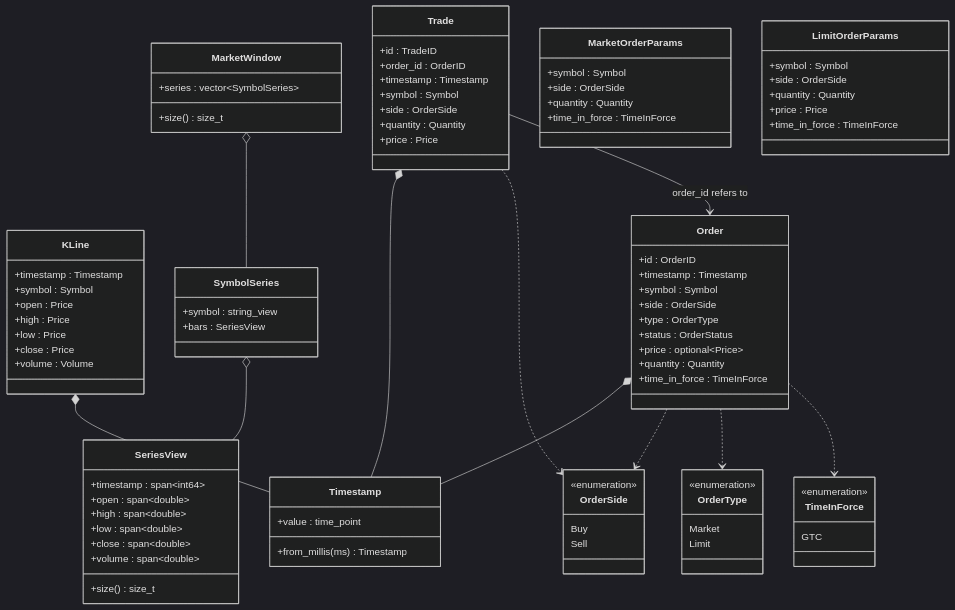
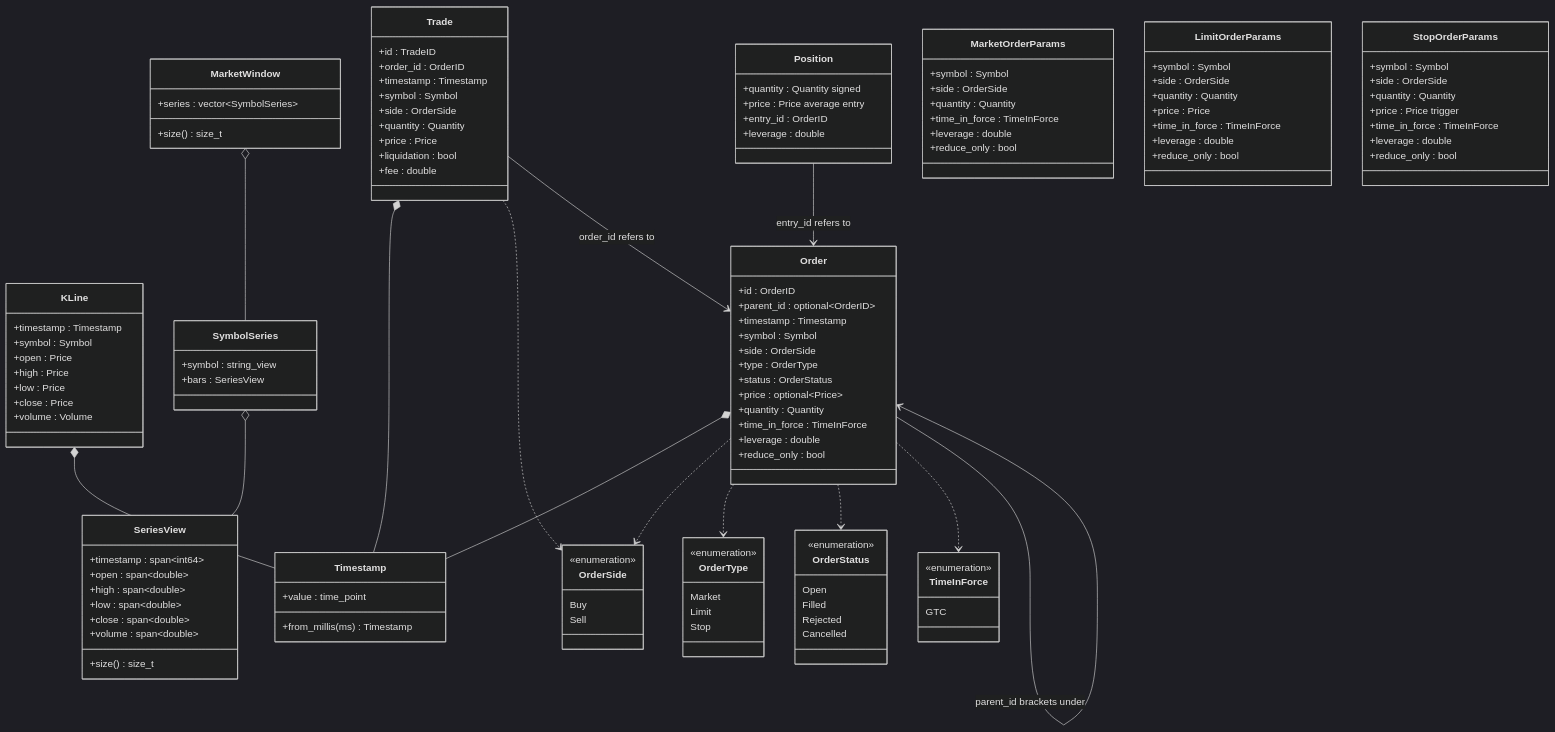
The second of 7 diagrams in docs/architecture.md (barberkman/stonks), drawn with Mermaid (dark theme) before and after one commit. The commit also changed other lines of this file and 7 other files, not shown here.

First line of the commit message:
Document fees, brackets, and stop orders; add EMA50 equity-sizing test and audit tool

````diff
--- a/docs/architecture.md
+++ b/docs/architecture.md
@@ -118,6 +124,7 @@
     SymbolSeries o-- SeriesView
     class Order {
         +id : OrderID
+        +parent_id : optional~OrderID~
         +timestamp : Timestamp
         +symbol : Symbol
         +side : OrderSide
@@ -126,6 +133,8 @@
         +price : optional~Price~
         +quantity : Quantity
         +time_in_force : TimeInForce
+        +leverage : double
+        +reduce_only : bool
     }
     class Trade {
         +id : TradeID
@@ -135,12 +144,22 @@
         +side : OrderSide
         +quantity : Quantity
         +price : Price
+        +liquidation : bool
+        +fee : double
+    }
+    class Position {
+        +quantity : Quantity signed
+        +price : Price average entry
+        +entry_id : OrderID
+        +leverage : double
     }
     class MarketOrderParams {
         +symbol : Symbol
         +side : OrderSide
         +quantity : Quantity
         +time_in_force : TimeInForce
+        +leverage : double
+        +reduce_only : bool
     }
     class LimitOrderParams {
         +symbol : Symbol
@@ -148,6 +167,17 @@
         +quantity : Quantity
         +price : Price
         +time_in_force : TimeInForce
+        +leverage : double
+        +reduce_only : bool
+    }
+    class StopOrderParams {
+        +symbol : Symbol
+        +side : OrderSide
+        +quantity : Quantity
+        +price : Price trigger
+        +time_in_force : TimeInForce
+        +leverage : double
+        +reduce_only : bool
     }
     class OrderSide {
         <<enumeration>>
@@ -158,6 +188,14 @@
         <<enumeration>>
         Market
         Limit
+        Stop
+    }
+    class OrderStatus {
+        <<enumeration>>
+        Open
+        Filled
+        Rejected
+        Cancelled
     }
     class TimeInForce {
         <<enumeration>>
@@ -169,7 +207,10 @@
     Trade *-- Timestamp
     Order ..> OrderSide
     Order ..> OrderType
+    Order ..> OrderStatus
     Order ..> TimeInForce
+    Order --> Order : parent_id brackets under
     Trade ..> OrderSide
     Trade --> Order : order_id refers to
+    Position --> Order : entry_id refers to
 ```
````
